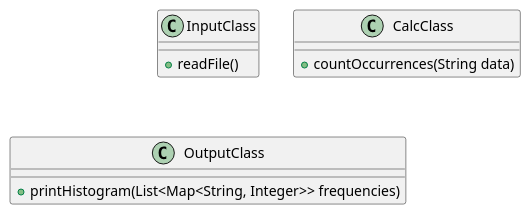
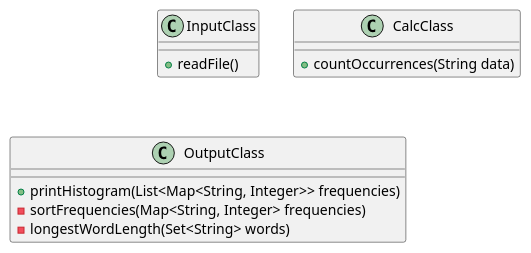
One commit to BlakeLoch/lochmandy-a04 changed the diagram in exercise46/docs/Class Diagram.puml. Above: the diagram before and after it, drawn with PlantUML. The commit also changed 9 other files, not shown here.

```diff
--- a/exercise46/docs/Class Diagram.puml
+++ b/exercise46/docs/Class Diagram.puml
@@ -1,16 +1,18 @@
 @startuml
 
 class InputClass {
   +readFile()
 }
 
 class CalcClass {
   +countOccurrences(String data)
 }
 
 
 class OutputClass {
   +printHistogram(List<Map<String, Integer>> frequencies)
+  -sortFrequencies(Map<String, Integer> frequencies)
+  -longestWordLength(Set<String> words)
 }
 
 @enduml
```
